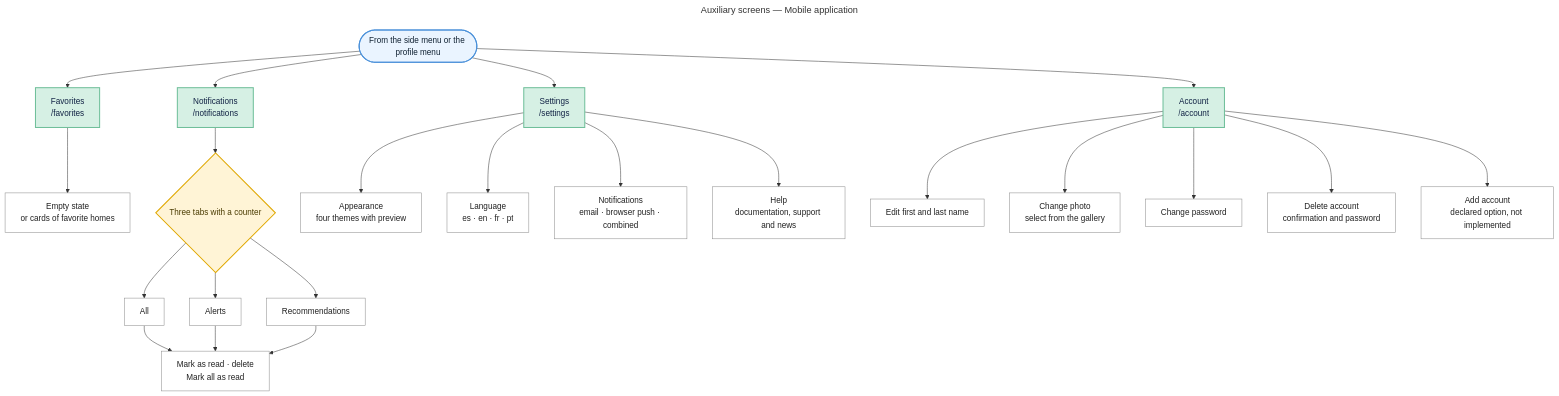
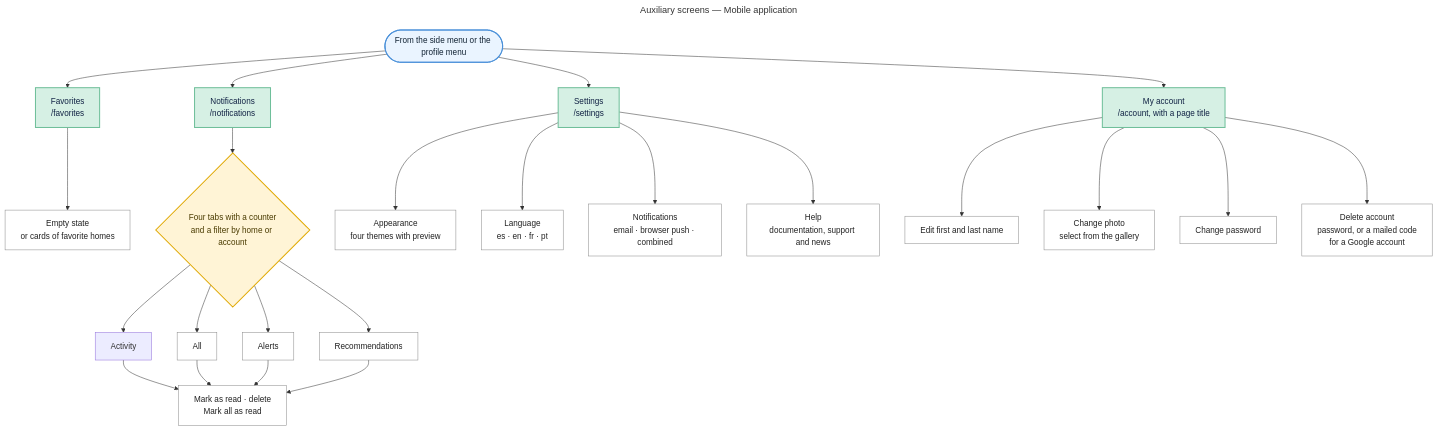
One commit to Juan-Cortes2045/energy-monitor-docs-final changed the third of 3 diagrams in 03-analisis-software/EN/navigation/mobile-navigation-map.md. Above: the diagram before and after it, drawn with Mermaid. The commit also changed other lines of this file and 7 other files, not shown here.

````diff
--- a/03-analisis-software/EN/navigation/mobile-navigation-map.md
+++ b/03-analisis-software/EN/navigation/mobile-navigation-map.md
@@ -197,65 +197,66 @@
 ```mermaid
 ---
 title: Auxiliary screens — Mobile application
 ---
 flowchart TD
 
   MENU([ From the side menu or the profile menu ])
 
   FAVS["Favorites<br/>/favorites"]
   FAVEMPTY["Empty state<br/>or cards of favorite homes"]
   FAVS --> FAVEMPTY
 
   NOTIF["Notifications<br/>/notifications"]
-  NTABS{"Three tabs with a counter"}
+  NTABS{"Four tabs with a counter<br/>and a filter by home or account"}
   NALL["All"]
   NAL["Alerts"]
   NREC["Recommendations"]
   NACT["Mark as read · delete<br/>Mark all as read"]
   NOTIF --> NTABS
   NTABS --> NALL
   NTABS --> NAL
   NTABS --> NREC
+  NTABS --> NACTV
+  NACTV["Activity"]
+  NACTV --> NACT
   NALL --> NACT
   NAL --> NACT
   NREC --> NACT
 
   SETTINGS["Settings<br/>/settings"]
   SETTEMA["Appearance<br/>four themes with preview"]
   SETIDIOMA["Language<br/>es · en · fr · pt"]
   SETAVISO["Notifications<br/>email · browser push · combined"]
   SETAYUDA["Help<br/>documentation, support and news"]
   SETTINGS --> SETTEMA
   SETTINGS --> SETIDIOMA
   SETTINGS --> SETAVISO
   SETTINGS --> SETAYUDA
 
-  ACCOUNT["Account<br/>/account"]
+  ACCOUNT["My account<br/>/account, with a page title"]
   ACCED["Edit first and last name"]
   ACCFOTO["Change photo<br/>select from the gallery"]
   ACCPASS["Change password"]
-  ACCDEL["Delete account<br/>confirmation and password"]
-  ACCADDCUENTA["Add account<br/>declared option, not implemented"]
+  ACCDEL["Delete account<br/>password, or a mailed code<br/>for a Google account"]
   ACCOUNT --> ACCED
   ACCOUNT --> ACCFOTO
   ACCOUNT --> ACCPASS
   ACCOUNT --> ACCDEL
-  ACCOUNT --> ACCADDCUENTA
 
   MENU --> FAVS
   MENU --> NOTIF
   MENU --> SETTINGS
   MENU --> ACCOUNT
 
   FAVS:::module
   NOTIF:::module
   SETTINGS:::module
   ACCOUNT:::module
   classDef module fill:#d6f0e4,stroke:#6fbf9a,stroke-width:2px,color:#124;
   class MENU start
   classDef start fill:#eaf4ff,stroke:#4a90d9,stroke-width:2px,color:#123;
   class NTABS guard
   classDef guard fill:#fff4d6,stroke:#e0a800,stroke-width:2px,color:#4a3b00;
-  class FAVEMPTY,NALL,NAL,NREC,NACT,SETTEMA,SETIDIOMA,SETAVISO,SETAYUDA,ACCED,ACCFOTO,ACCPASS,ACCDEL,ACCADDCUENTA screen
+  class FAVEMPTY,NALL,NAL,NREC,NACT,SETTEMA,SETIDIOMA,SETAVISO,SETAYUDA,ACCED,ACCFOTO,ACCPASS,ACCDEL screen
   classDef screen fill:#ffffff,stroke:#8a8a8a,color:#222;
 ```
````
